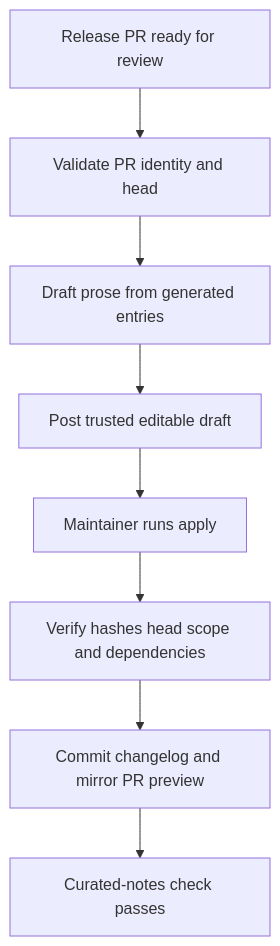
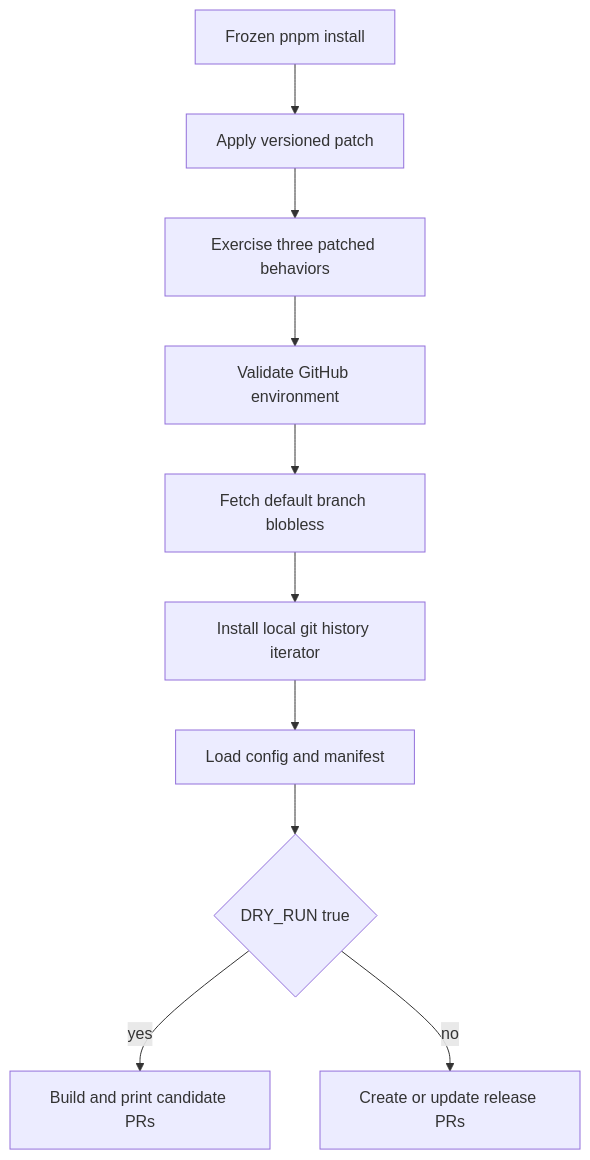
The second of 3 diagrams in openwiki/operations/development.md (langchain-ai/deepagents), drawn with Mermaid before and after one commit. The commit also changed other lines of this file and 39 other files, not shown here.

````diff
--- a/openwiki/operations/development.md
+++ b/openwiki/operations/development.md
@@ -141,10 +146,12 @@
 ```mermaid
 flowchart TD
-    Ready["Release PR ready for review"] --> Draft["Validate PR identity and head"]
-    Draft --> Model["Draft prose from generated entries"]
-    Model --> Comment["Post trusted editable draft"]
-    Comment --> Apply["Maintainer runs apply"]
-    Apply --> Verify["Verify hashes head scope and dependencies"]
-    Verify --> Write["Commit changelog and mirror PR preview"]
-    Write --> Gate["Curated-notes check passes"]
+    Install["Frozen pnpm install"] --> Patch["Apply versioned patch"]
+    Patch --> Checks["Exercise three patched behaviors"]
+    Checks --> Env["Validate GitHub environment"]
+    Env --> Fetch["Fetch default branch blobless"]
+    Fetch --> History["Install local git history iterator"]
+    History --> Manifest["Load config and manifest"]
+    Manifest --> Dry{"DRY_RUN true"}
+    Dry -->|yes| Print["Build and print candidate PRs"]
+    Dry -->|no| Mutate["Create or update release PRs"]
 ```
````
